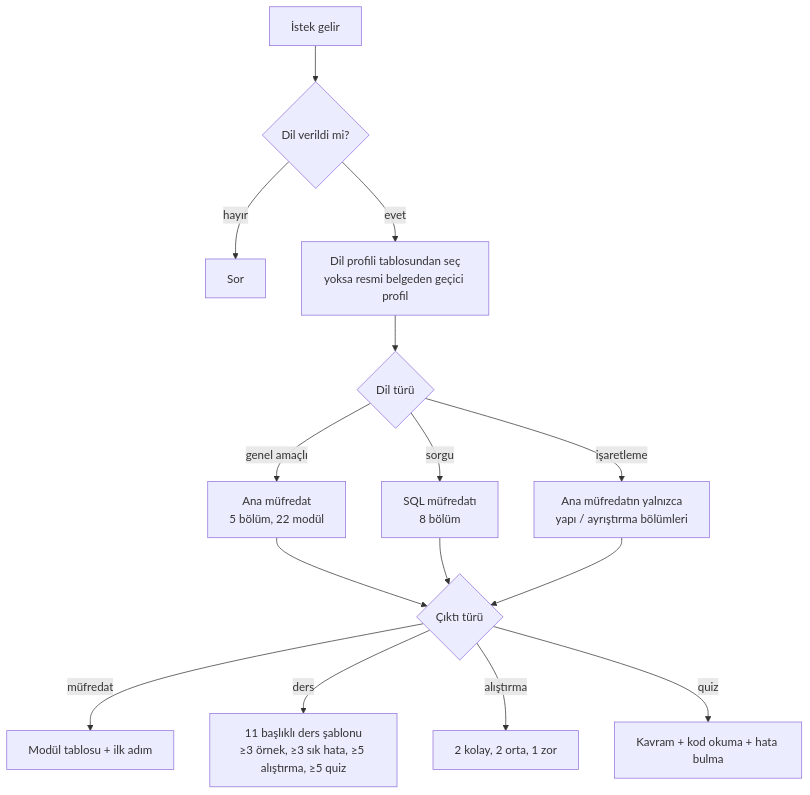
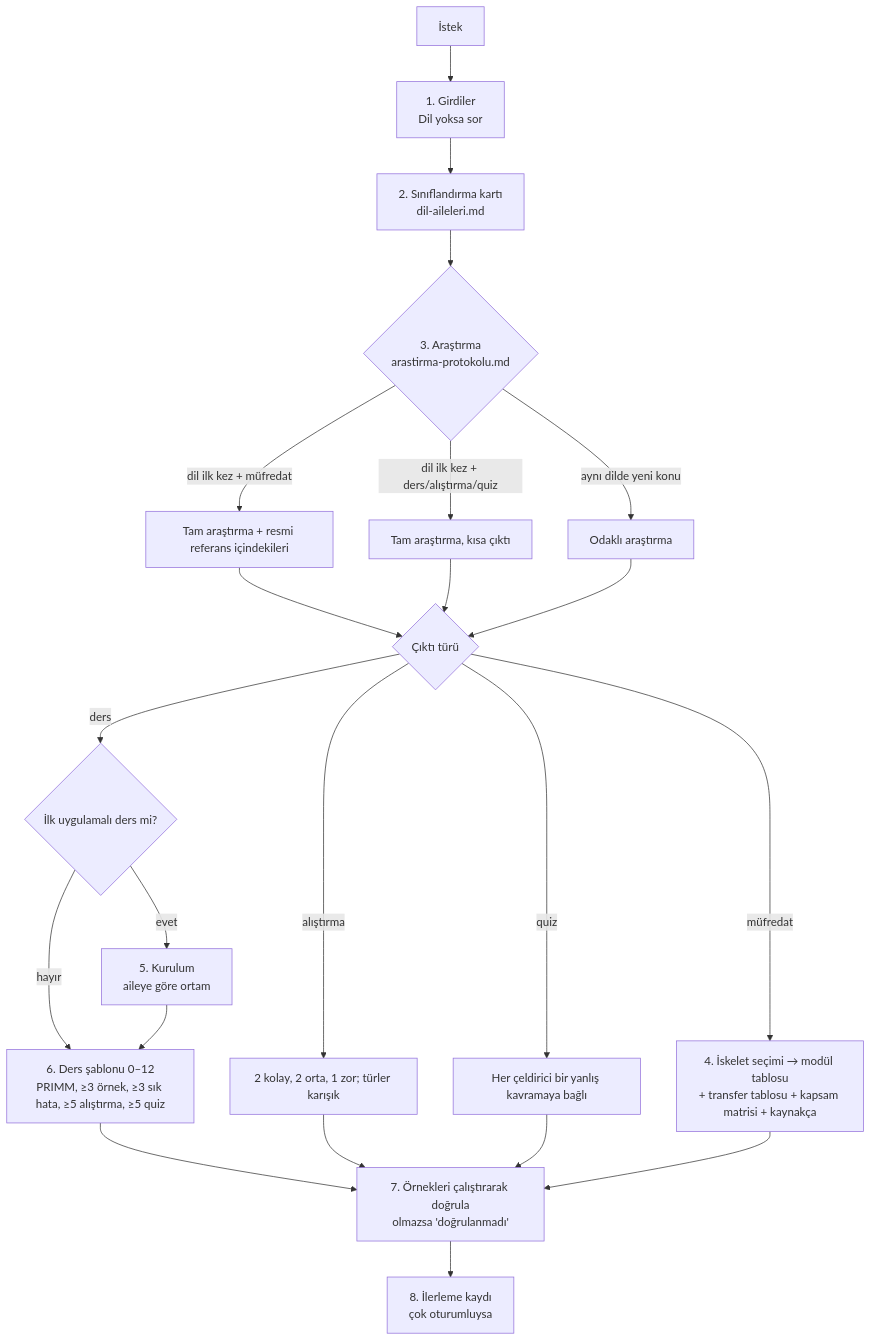
One commit to s4plant1-coder/Claude_Skills changed the second of 2 diagrams in programlama-dili-ogret/MIMARI.md. Above: the diagram before and after it, drawn with Mermaid. The commit also changed other lines of this file and 24 other files, not shown here.

````diff
--- a/programlama-dili-ogret/MIMARI.md
+++ b/programlama-dili-ogret/MIMARI.md
@@ -29,15 +52,19 @@
 ```mermaid
 flowchart TD
-    A[İstek gelir] --> B{Dil verildi mi?}
-    B -- hayır --> B1[Sor]
-    B -- evet --> C[Dil profili tablosundan seç<br/>yoksa resmi belgeden geçici profil]
-    C --> D{Dil türü}
-    D -- genel amaçlı --> M1[Ana müfredat<br/>5 bölüm, 22 modül]
-    D -- sorgu --> M2[SQL müfredatı<br/>8 bölüm]
-    D -- işaretleme --> M3[Ana müfredatın yalnızca<br/>yapı / ayrıştırma bölümleri]
-    M1 & M2 & M3 --> E{Çıktı türü}
-    E -- müfredat --> O1[Modül tablosu + ilk adım]
-    E -- ders --> O2[11 başlıklı ders şablonu<br/>≥3 örnek, ≥3 sık hata, ≥5 alıştırma, ≥5 quiz]
-    E -- alıştırma --> O3[2 kolay, 2 orta, 1 zor]
-    E -- quiz --> O4[Kavram + kod okuma + hata bulma]
+    A[İstek] --> G[1. Girdiler<br/>Dil yoksa sor]
+    G --> S[2. Sınıflandırma kartı<br/>dil-aileleri.md]
+    S --> R{3. Araştırma<br/>arastirma-protokolu.md}
+    R -- dil ilk kez + müfredat --> R1[Tam araştırma + resmi referans içindekileri]
+    R -- dil ilk kez + ders/alıştırma/quiz --> R2[Tam araştırma, kısa çıktı]
+    R -- aynı dilde yeni konu --> R3[Odaklı araştırma]
+    R1 & R2 & R3 --> O{Çıktı türü}
+    O -- müfredat --> M[4. İskelet seçimi → modül tablosu<br/>+ transfer tablosu + kapsam matrisi + kaynakça]
+    O -- ders --> K{İlk uygulamalı ders mi?}
+    K -- evet --> KU[5. Kurulum<br/>aileye göre ortam]
+    K -- hayır --> D
+    KU --> D[6. Ders şablonu 0–12<br/>PRIMM, ≥3 örnek, ≥3 sık hata, ≥5 alıştırma, ≥5 quiz]
+    O -- alıştırma --> AL[2 kolay, 2 orta, 1 zor; türler karışık]
+    O -- quiz --> Q[Her çeldirici bir yanlış kavramaya bağlı]
+    D & AL & Q & M --> V[7. Örnekleri çalıştırarak doğrula<br/>olmazsa 'doğrulanmadı']
+    V --> P[8. İlerleme kaydı<br/>çok oturumluysa]
 ```
````
